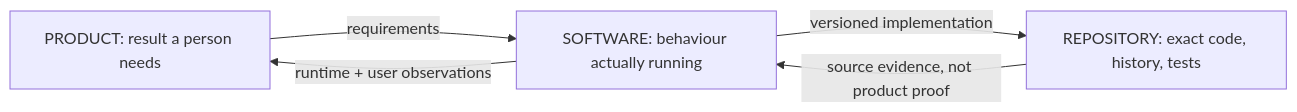
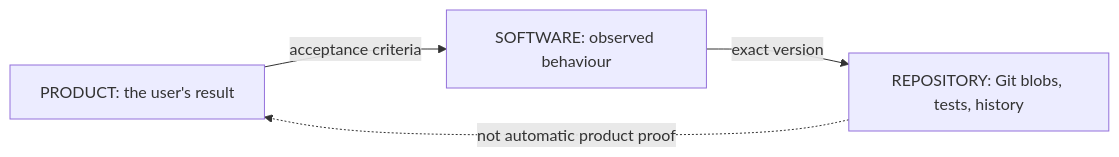
Before and after one commit to Luke883i/academics: the second of 2 diagrams in README.md, drawn with Mermaid. The commit also changed other lines of this file, not shown here.

First line of the commit message:
docs(academics): preserve manual trajectory and consolidate to two LR diagrams

````diff
--- a/README.md
+++ b/README.md
@@ -57,7 +53,6 @@
 ```mermaid
 flowchart LR
-    P["PRODUCT: result a person needs"] -->|"requirements"| S["SOFTWARE: behaviour actually running"]
-    S -->|"versioned implementation"| R["REPOSITORY: exact code, history, tests"]
-    R -->|"source evidence, not product proof"| S
-    S -->|"runtime + user observations"| P
+    P["PRODUCT: the user's result"] -->|"acceptance criteria"| S["SOFTWARE: observed behaviour"]
+    S -->|"exact version"| R["REPOSITORY: Git blobs, tests, history"]
+    R -. "not automatic product proof" .-> P
 ```
````
